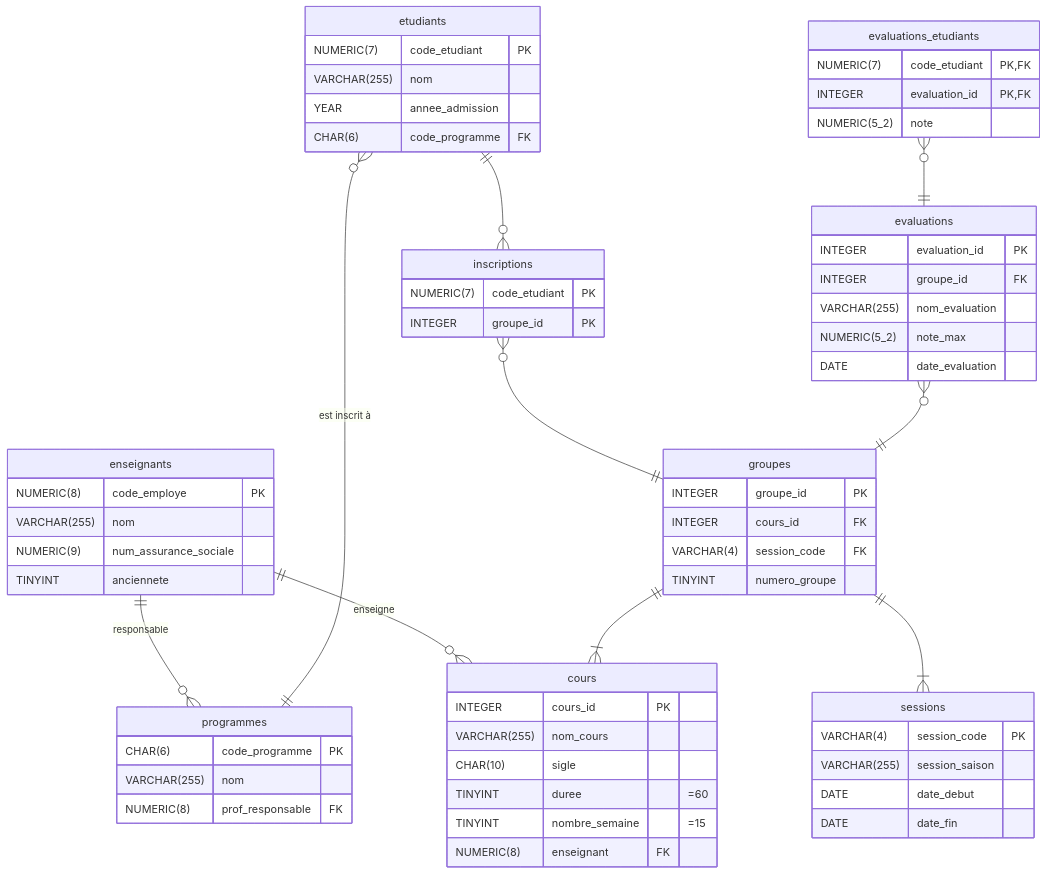
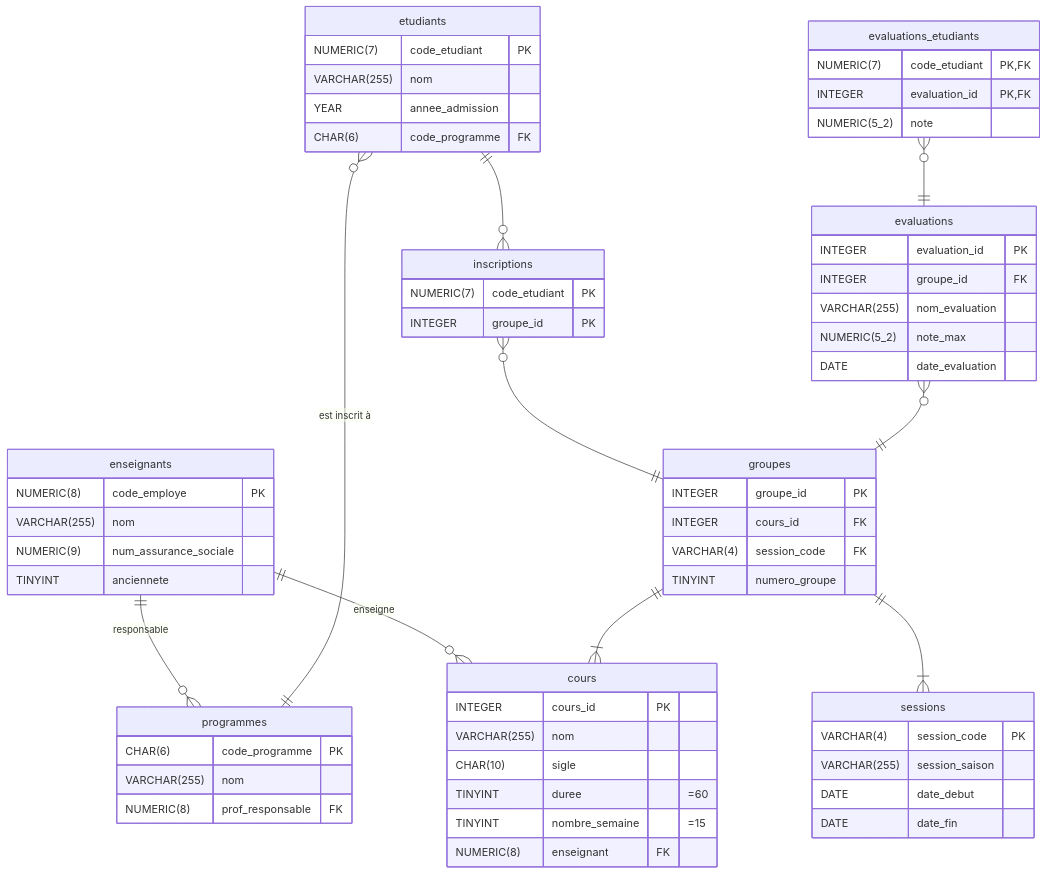
Before and after one commit to cegepvictoetienne/bd1: the fourth of 5 diagrams in docs/notes_de_cours/section_2.2.md, drawn with Mermaid. The commit also changed 1 other file, not shown here.

Commit message:
petits changements

````diff
--- a/docs/notes_de_cours/section_2.2.md
+++ b/docs/notes_de_cours/section_2.2.md
@@ -124,75 +124,75 @@
 ``` mermaid
 erDiagram  
     
     enseignants ||--o{ programmes : "responsable"
     enseignants {
         NUMERIC(8) code_employe PK
         VARCHAR(255) nom
         NUMERIC(9) num_assurance_sociale
         TINYINT anciennete
     }
 
     enseignants ||--o{ cours : "enseigne"
     cours {
         INTEGER cours_id PK
-        VARCHAR(255) nom_cours 
+        VARCHAR(255) nom 
         CHAR(10) sigle 
         TINYINT duree   "=60"
         TINYINT nombre_semaine   "=15"
         NUMERIC(8) enseignant FK
     }
 
     groupes ||--|{ cours : ""
     groupes ||--|{ sessions : ""
     groupes {
         INTEGER groupe_id PK
         INTEGER cours_id FK
         VARCHAR(4) session_code FK
         TINYINT numero_groupe
     }  
 
     programmes {
         CHAR(6) code_programme PK
         VARCHAR(255) nom
         NUMERIC(8) prof_responsable FK
     }
 
     etudiants }o--|| programmes : "est inscrit à"
     etudiants {
         NUMERIC(7) code_etudiant PK
         VARCHAR(255) nom
         YEAR annee_admission
         CHAR(6) code_programme FK
     }
 
     sessions {
         VARCHAR(4) session_code PK
         VARCHAR(255) session_saison
         DATE date_debut
         DATE date_fin
     }
 
     etudiants ||--o{ inscriptions : ""
     inscriptions }o--|| groupes : ""
     inscriptions {
         NUMERIC(7) code_etudiant PK
         INTEGER groupe_id PK
     }
 
     evaluations }o--|| groupes : ""
     evaluations {
         INTEGER evaluation_id PK
         INTEGER groupe_id FK
         VARCHAR(255) nom_evaluation
         NUMERIC(5_2) note_max
         DATE date_evaluation
     }
 
     evaluations_etudiants }o--|| evaluations : ""
     evaluations_etudiants {
         NUMERIC(7) code_etudiant PK,FK
         INTEGER evaluation_id PK,FK
         NUMERIC(5_2) note
     }
     
 ```
````
